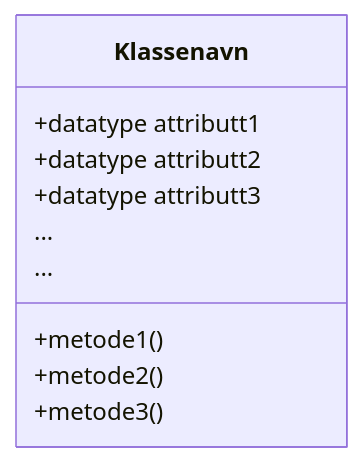
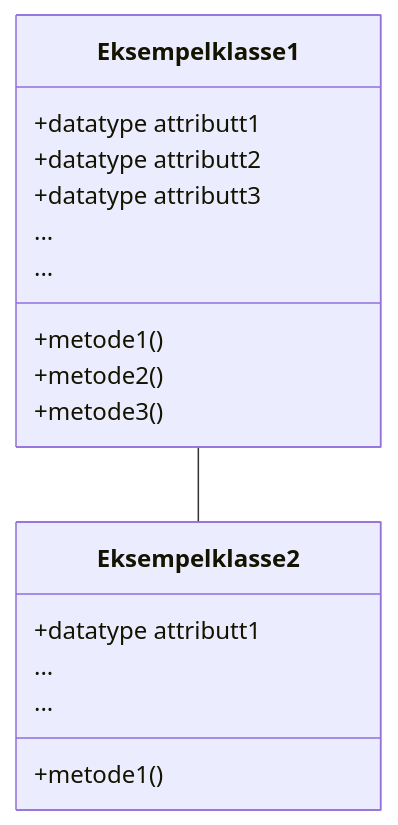
The first of 2 diagrams in src/content/docs/apputvikling/2-oom.mdx (thorcc/it2-bok), drawn with Mermaid before and after one commit. The commit also changed other lines of this file, not shown here.

````diff
--- a/src/content/docs/apputvikling/2-oom.mdx
+++ b/src/content/docs/apputvikling/2-oom.mdx
@@ -56,13 +45,20 @@
 ```mermaid
 classDiagram
-    class Klassenavn{
+    Eksempelklasse1 -- Eksempelklasse2
+    class Eksempelklasse1{
         +datatype attributt1
         +datatype attributt2
         +datatype attributt3
         ...
         +metode1()
         +metode2()
         +metode3()
         ...
     }
+    class Eksempelklasse2{
+        +datatype attributt1
+        ...
+        +metode1()
+        ...
+    }
 ```
````
